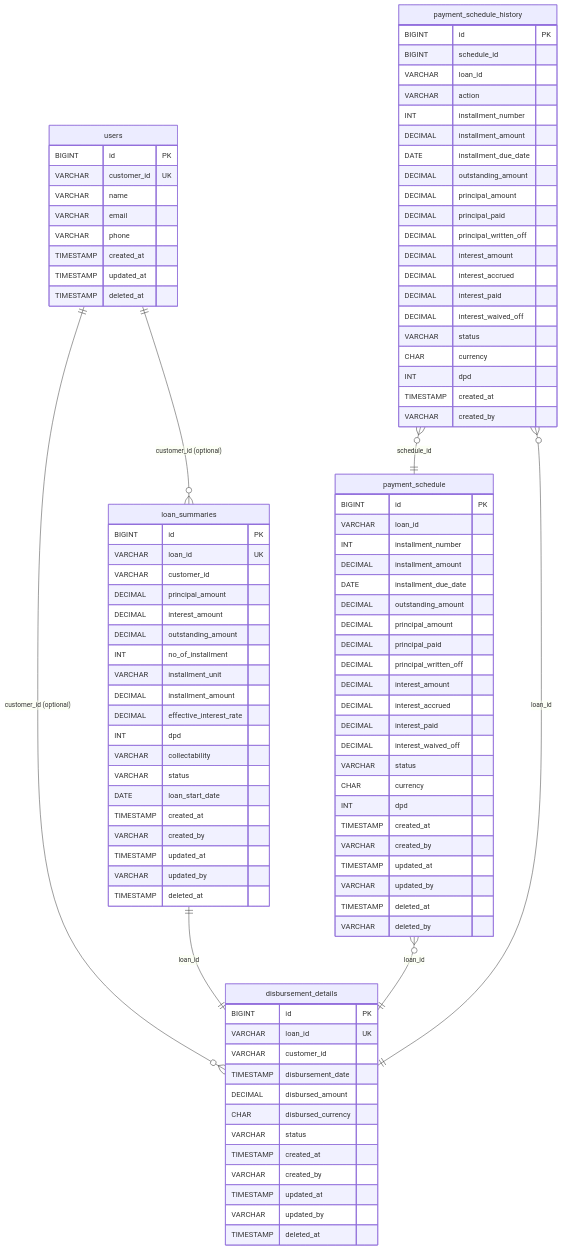
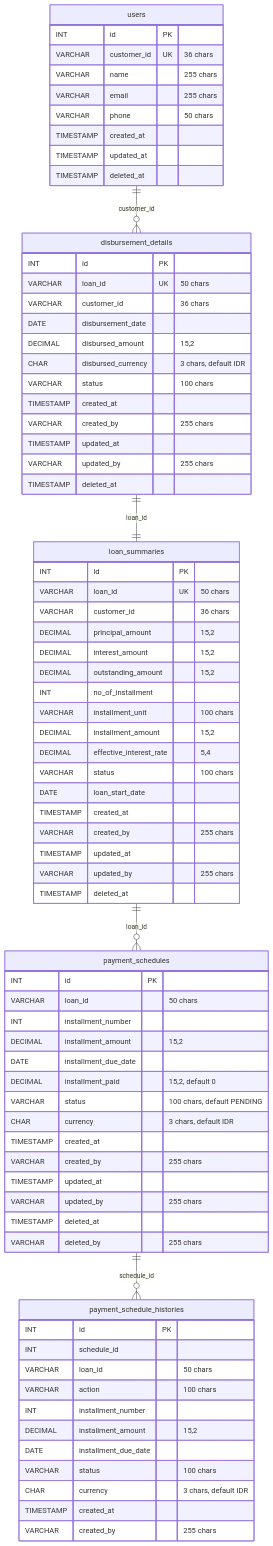
One commit to jacksonfernando/billing-engine changed the diagram in README.md. Above: the diagram before and after it, drawn with Mermaid. The commit also changed other lines of this file, not shown here.

Commit message:
chore(billing-engine): [BILLING-05] Update api contract & db schema

````diff
--- a/README.md
+++ b/README.md
@@ -80,105 +84,84 @@
 ```mermaid
 erDiagram
     users {
-        BIGINT id PK
-        VARCHAR customer_id UK
-        VARCHAR name
-        VARCHAR email
-        VARCHAR phone
+        INT id PK
+        VARCHAR customer_id UK "36 chars"
+        VARCHAR name "255 chars"
+        VARCHAR email "255 chars"
+        VARCHAR phone "50 chars"
         TIMESTAMP created_at
         TIMESTAMP updated_at
         TIMESTAMP deleted_at
     }
 
     disbursement_details {
-        BIGINT id PK
-        VARCHAR loan_id UK
-        VARCHAR customer_id
-        TIMESTAMP disbursement_date
-        DECIMAL disbursed_amount
-        CHAR disbursed_currency
-        VARCHAR status
+        INT id PK
+        VARCHAR loan_id UK "50 chars"
+        VARCHAR customer_id "36 chars"
+        DATE disbursement_date
+        DECIMAL disbursed_amount "15,2"
+        CHAR disbursed_currency "3 chars, default IDR"
+        VARCHAR status "100 chars"
         TIMESTAMP created_at
-        VARCHAR created_by
+        VARCHAR created_by "255 chars"
         TIMESTAMP updated_at
-        VARCHAR updated_by
+        VARCHAR updated_by "255 chars"
         TIMESTAMP deleted_at
     }
 
     loan_summaries {
-        BIGINT id PK
-        VARCHAR loan_id UK
-        VARCHAR customer_id
-        DECIMAL principal_amount
-        DECIMAL interest_amount
-        DECIMAL outstanding_amount
+        INT id PK
+        VARCHAR loan_id UK "50 chars"
+        VARCHAR customer_id "36 chars"
+        DECIMAL principal_amount "15,2"
+        DECIMAL interest_amount "15,2"
+        DECIMAL outstanding_amount "15,2"
         INT no_of_installment
-        VARCHAR installment_unit
-        DECIMAL installment_amount
-        DECIMAL effective_interest_rate
-        INT dpd
-        VARCHAR collectability
-        VARCHAR status
+        VARCHAR installment_unit "100 chars"
+        DECIMAL installment_amount "15,2"
+        DECIMAL effective_interest_rate "5,4"
+        VARCHAR status "100 chars"
         DATE loan_start_date
         TIMESTAMP created_at
-        VARCHAR created_by
+        VARCHAR created_by "255 chars"
         TIMESTAMP updated_at
-        VARCHAR updated_by
+        VARCHAR updated_by "255 chars"
         TIMESTAMP deleted_at
     }
 
-    payment_schedule {
-        BIGINT id PK
-        VARCHAR loan_id
+    payment_schedules {
+        INT id PK
+        VARCHAR loan_id "50 chars"
         INT installment_number
-        DECIMAL installment_amount
+        DECIMAL installment_amount "15,2"
         DATE installment_due_date
-        DECIMAL outstanding_amount
-        DECIMAL principal_amount
-        DECIMAL principal_paid
-        DECIMAL principal_written_off
-        DECIMAL interest_amount
-        DECIMAL interest_accrued
-        DECIMAL interest_paid
-        DECIMAL interest_waived_off
-        VARCHAR status
-        CHAR currency
-        INT dpd
+        DECIMAL installment_paid "15,2, default 0"
+        VARCHAR status "100 chars, default PENDING"
+        CHAR currency "3 chars, default IDR"
         TIMESTAMP created_at
-        VARCHAR created_by
+        VARCHAR created_by "255 chars"
         TIMESTAMP updated_at
-        VARCHAR updated_by
+        VARCHAR updated_by "255 chars"
         TIMESTAMP deleted_at
-        VARCHAR deleted_by
+        VARCHAR deleted_by "255 chars"
     }
 
-    payment_schedule_history {
-        BIGINT id PK
-        BIGINT schedule_id
-        VARCHAR loan_id
-        VARCHAR action
+    payment_schedule_histories {
+        INT id PK
+        INT schedule_id
+        VARCHAR loan_id "50 chars"
+        VARCHAR action "100 chars"
         INT installment_number
-        DECIMAL installment_amount
+        DECIMAL installment_amount "15,2"
         DATE installment_due_date
-        DECIMAL outstanding_amount
-        DECIMAL principal_amount
-        DECIMAL principal_paid
-        DECIMAL principal_written_off
-        DECIMAL interest_amount
-        DECIMAL interest_accrued
-        DECIMAL interest_paid
-        DECIMAL interest_waived_off
-        VARCHAR status
-        CHAR currency
-        INT dpd
+        VARCHAR status "100 chars"
+        CHAR currency "3 chars, default IDR"
         TIMESTAMP created_at
-        VARCHAR created_by
+        VARCHAR created_by "255 chars"
     }
 
-    loan_summaries ||--|| disbursement_details : "loan_id"
-    payment_schedule }o--|| disbursement_details : "loan_id"
-    payment_schedule_history }o--|| payment_schedule : "schedule_id"
-    payment_schedule_history }o--|| disbursement_details : "loan_id"
-    users ||--o{ disbursement_details : "customer_id (optional)"
-    users ||--o{ loan_summaries : "customer_id (optional)"
+    users ||--o{ disbursement_details : "customer_id"
+    disbursement_details ||--|| loan_summaries : "loan_id"
+    loan_summaries ||--o{ payment_schedules : "loan_id"
+    payment_schedules ||--o{ payment_schedule_histories : "schedule_id"
 ```
````
